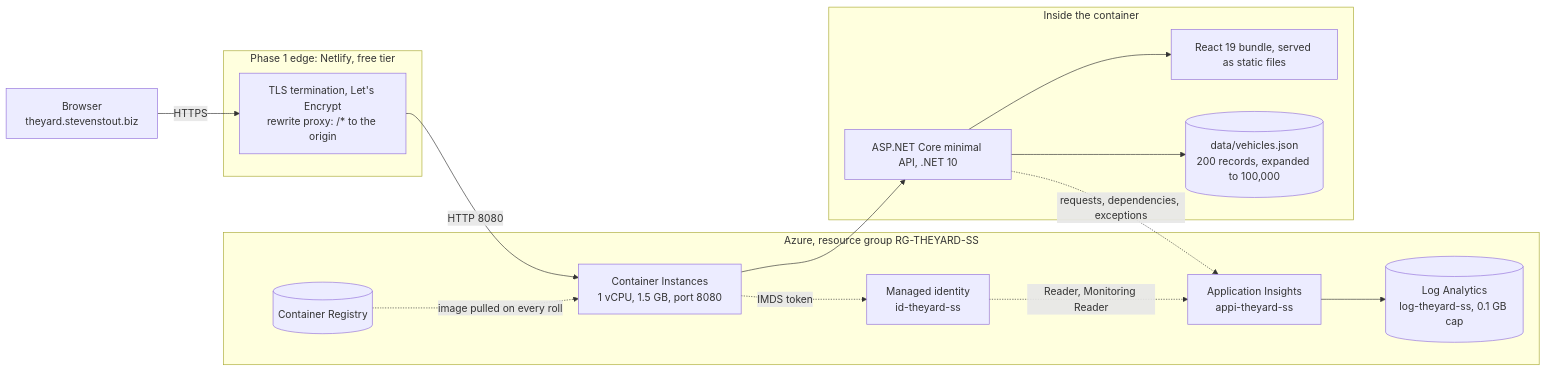
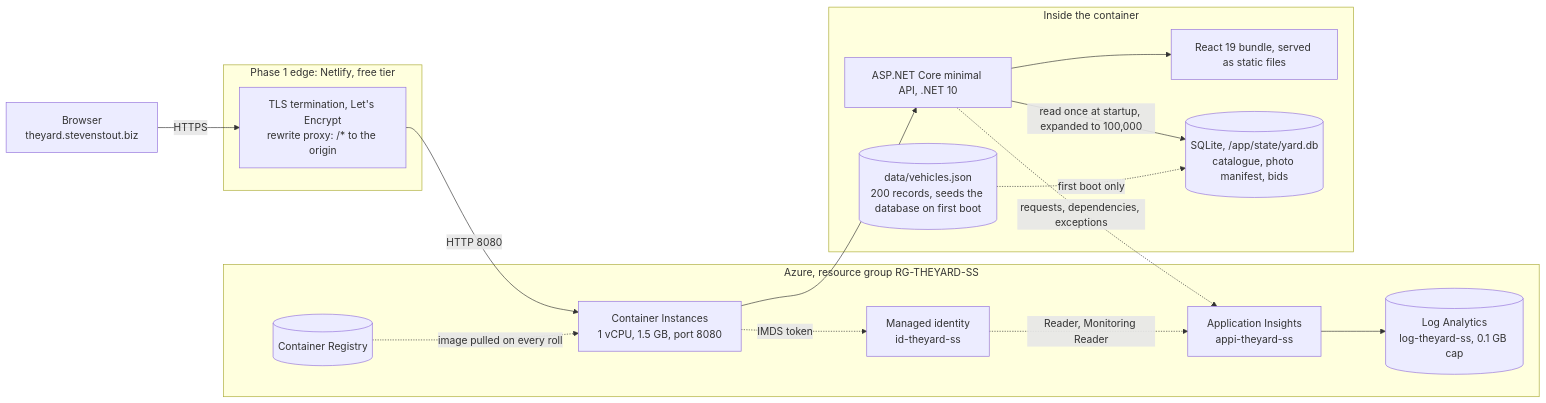
One commit to SteveStout/TheYard changed the first of 2 diagrams in docs/ARCHITECTURE.md. Above: the diagram before and after it, drawn with Mermaid. The commit also changed other lines of this file and 21 other files, not shown here.

````diff
--- a/docs/ARCHITECTURE.md
+++ b/docs/ARCHITECTURE.md
@@ -25,33 +25,35 @@
 ```mermaid
 flowchart LR
   B["Browser<br/>theyard.stevenstout.biz"]
 
   subgraph edge["Phase 1 edge: Netlify, free tier"]
     TLS["TLS termination, Let's Encrypt<br/>rewrite proxy: /* to the origin"]
   end
 
   subgraph azure["Azure, resource group RG-THEYARD-SS"]
     ACI["Container Instances<br/>1 vCPU, 1.5 GB, port 8080"]
     ACR[("Container Registry")]
     MI["Managed identity<br/>id-theyard-ss"]
     AI["Application Insights<br/>appi-theyard-ss"]
     LAW[("Log Analytics<br/>log-theyard-ss, 0.1 GB cap")]
   end
 
   subgraph box["Inside the container"]
     API["ASP.NET Core minimal API, .NET 10"]
     SPA["React 19 bundle, served as static files"]
-    SEED[("data/vehicles.json<br/>200 records, expanded to 100,000")]
+    SEED[("data/vehicles.json<br/>200 records, seeds the database on first boot")]
+    DB[("SQLite, /app/state/yard.db<br/>catalogue, photo manifest, bids")]
   end
 
   B -->|HTTPS| TLS
   TLS -->|HTTP 8080| ACI
   ACI --> API
   API --> SPA
-  API --> SEED
+  API -->|read once at startup, expanded to 100,000| DB
+  SEED -.->|first boot only| DB
   ACR -.->|image pulled on every roll| ACI
   ACI -.->|IMDS token| MI
   MI -.->|Reader, Monitoring Reader| AI
   API -.->|requests, dependencies, exceptions| AI
   AI --> LAW
 ```
````
